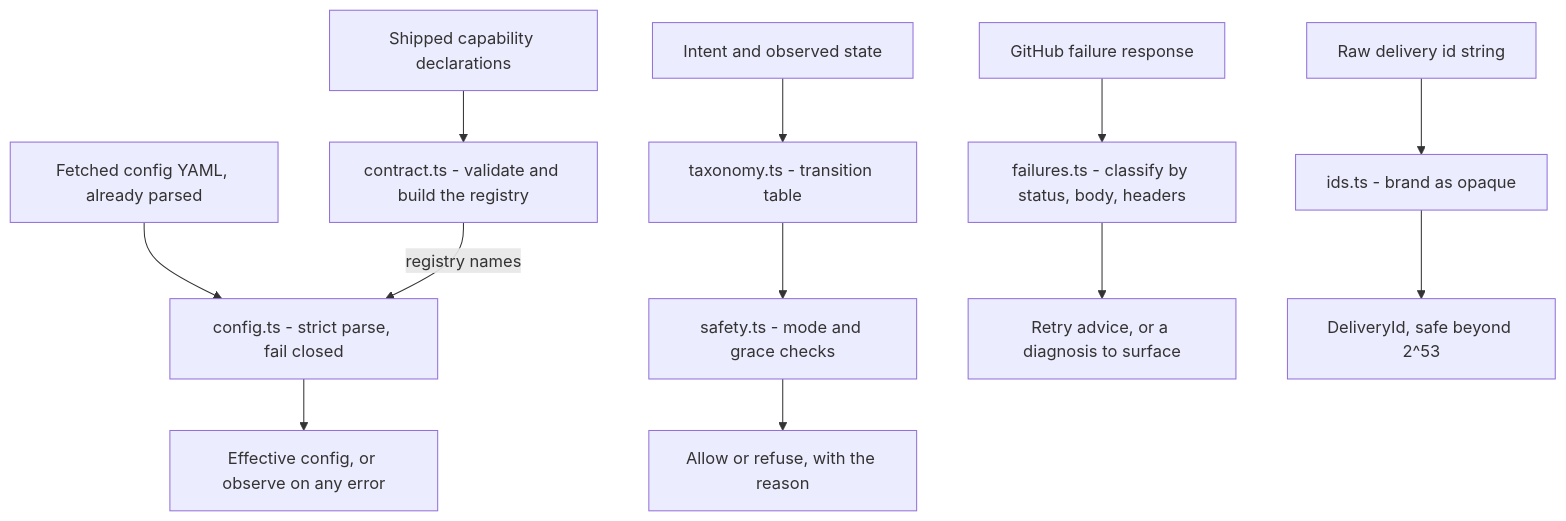
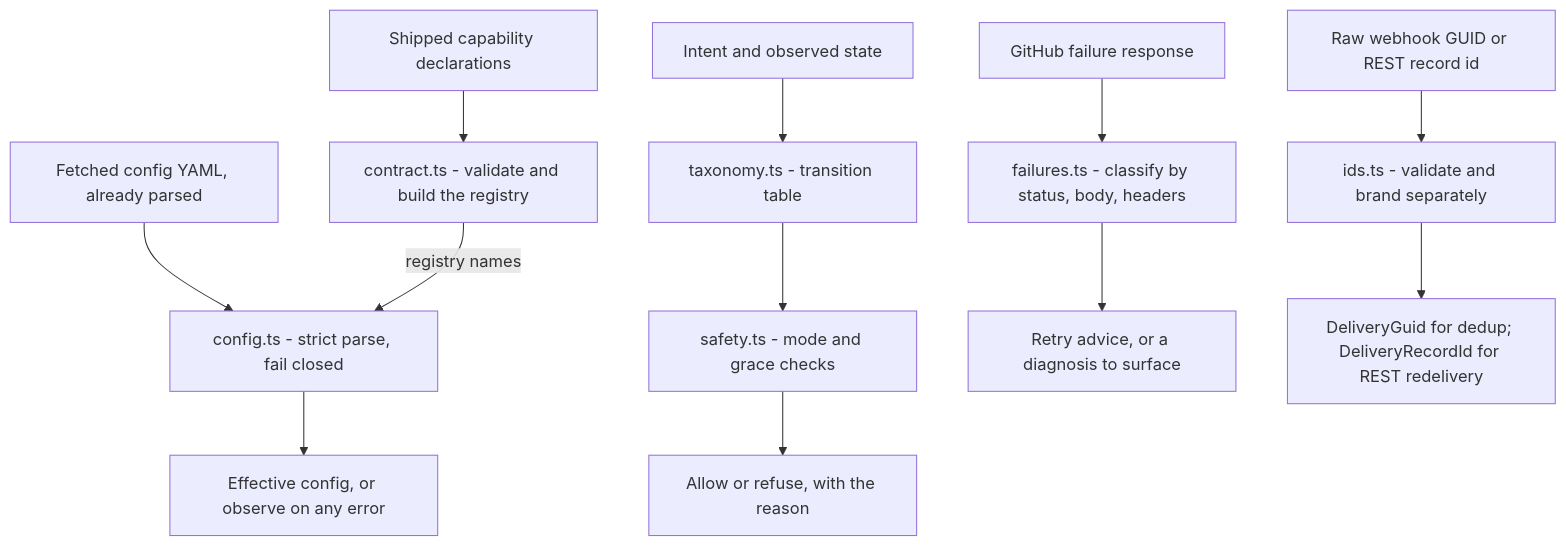
One commit to cheese-cakee/sdk-automations changed the diagram in core/README.md. Above: the diagram before and after it, drawn with Mermaid. The commit also changed other lines of this file and 12 other files, not shown here.

````diff
--- a/core/README.md
+++ b/core/README.md
@@ -26,14 +26,14 @@
 ```mermaid
 flowchart TB
     D["Shipped capability declarations"] --> CT["contract.ts - validate and build the registry"]
     Y["Fetched config YAML, already parsed"] --> CF["config.ts - strict parse, fail closed"]
     CT -->|"registry names"| CF
     CF --> EC["Effective config, or observe on any error"]
     I["Intent and observed state"] --> TX["taxonomy.ts - transition table"]
     TX --> SF["safety.ts - mode and grace checks"]
     SF --> V["Allow or refuse, with the reason"]
     F["GitHub failure response"] --> FL["failures.ts - classify by status, body, headers"]
     FL --> RA["Retry advice, or a diagnosis to surface"]
-    R["Raw delivery id string"] --> ID["ids.ts - brand as opaque"]
-    ID --> DI["DeliveryId, safe beyond 2^53"]
+    R["Raw webhook GUID or REST record id"] --> ID["ids.ts - validate and brand separately"]
+    ID --> DI["DeliveryGuid for dedup; DeliveryRecordId for REST redelivery"]
 ```
````
